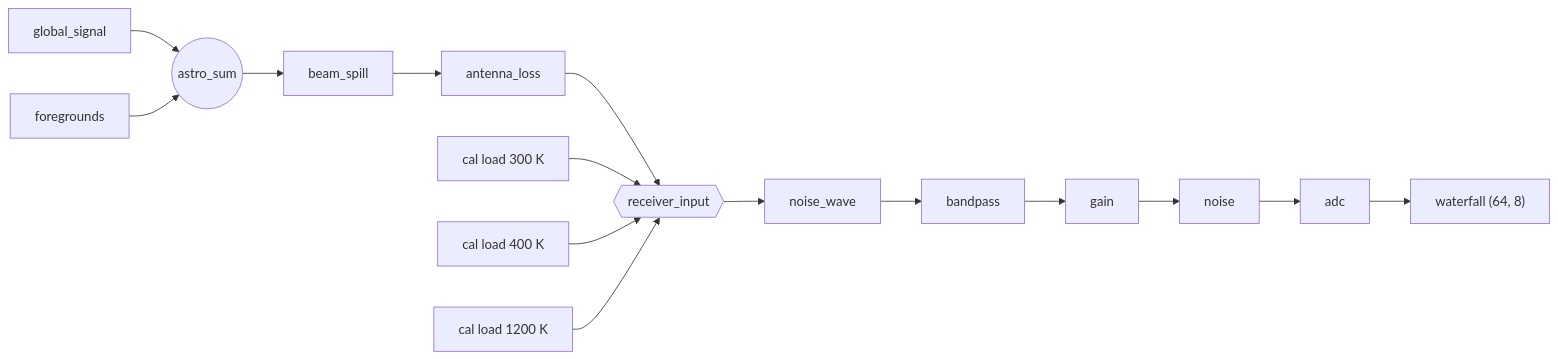
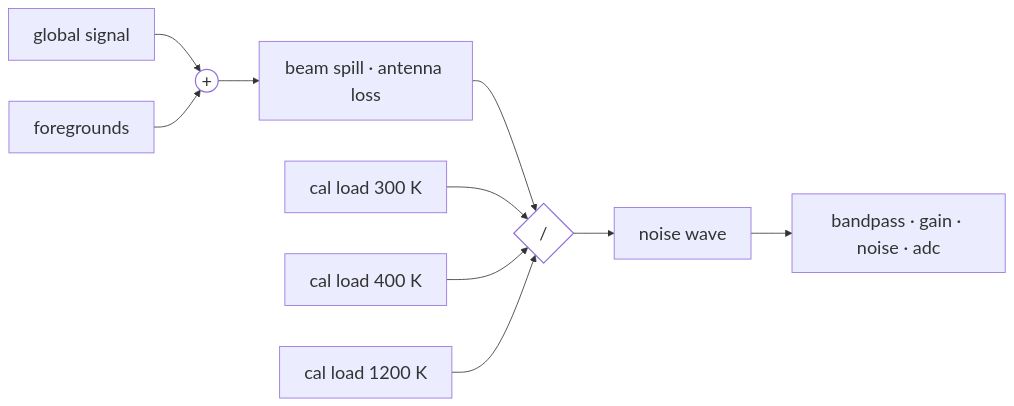
One commit to RHINO-Experiment/rheplicant changed the diagram in docs/tour.md. Above: the diagram before and after it, drawn with Mermaid. The commit also changed other lines of this file and 13 other files, not shown here.

````diff
--- a/docs/tour.md
+++ b/docs/tour.md
@@ -499,11 +505,15 @@
 ```{mermaid}
+%%{init: {"themeVariables": {"fontSize": "22px"}}}%%
 flowchart LR
-    GS["global_signal"] --> AS(("astro_sum"))
+    GS["global signal"] --> AS(("+"))
     FG["foregrounds"] --> AS
-    AS --> BSP["beam_spill"] --> AL["antenna_loss"] --> SW{{"receiver_input"}}
+    AS --> ANT["beam spill · antenna loss"] --> SW{"/"}
     L1["cal load 300 K"] --> SW
     L2["cal load 400 K"] --> SW
     L3["cal load 1200 K"] --> SW
-    SW --> NW["noise_wave"] --> BP["bandpass"] --> G["gain"] --> N["noise"] --> ADC["adc"]
-    ADC --> W["waterfall (64, 8)"]
+    SW --> NW["noise wave"] --> RX["bandpass · gain · noise · adc"]
+    %% sum and switch: the wire runs THROUGH them, so no fill -- the stroke
+    %% colour is left to the theme so both light and dark stay legible.
+    classDef sym fill:none,stroke-width:1.5px;
+    class AS,SW sym;
 ```
````
